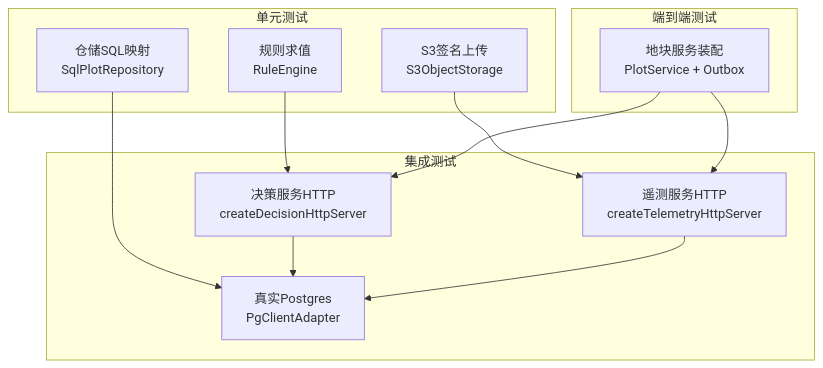
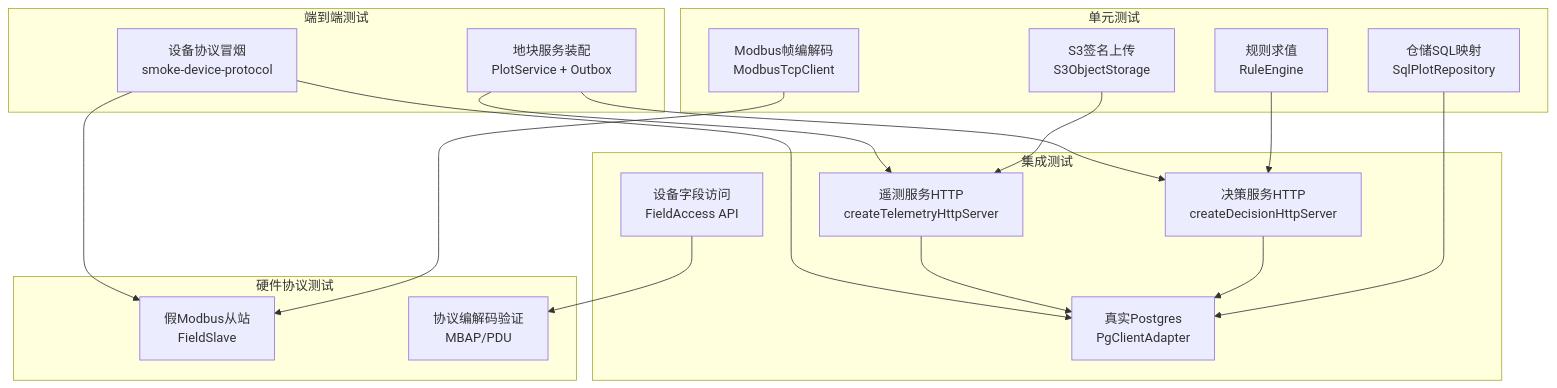
Before and after one commit to q446328246/agri-platform: the second of 9 diagrams in .qoder/repowiki/zh/content/开发指南/微服务开发规范/测试策略.md, drawn with Mermaid. The commit also changed other lines of this file and 25 other files, not shown here.

````diff
--- a/.qoder/repowiki/zh/content/开发指南/微服务开发规范/测试策略.md
+++ b/.qoder/repowiki/zh/content/开发指南/微服务开发规范/测试策略.md
@@ -80,23 +101,34 @@
 ```mermaid
 graph TB
 subgraph "单元测试"
 U1["规则求值<br/>RuleEngine"]
 U2["S3签名上传<br/>S3ObjectStorage"]
 U3["仓储SQL映射<br/>SqlPlotRepository"]
+U4["Modbus帧编解码<br/>ModbusTcpClient"]
 end
 subgraph "集成测试"
 I1["决策服务HTTP<br/>createDecisionHttpServer"]
 I2["遥测服务HTTP<br/>createTelemetryHttpServer"]
 I3["真实Postgres<br/>PgClientAdapter"]
+I4["设备字段访问<br/>FieldAccess API"]
 end
 subgraph "端到端测试"
 E1["地块服务装配<br/>PlotService + Outbox"]
+E2["设备协议冒烟<br/>smoke-device-protocol"]
+end
+subgraph "硬件协议测试"
+H1["假Modbus从站<br/>FieldSlave"]
+H2["协议编解码验证<br/>MBAP/PDU"]
 end
 U1 --> I1
 U2 --> I2
 U3 --> I3
+U4 --> H1
 I1 --> I3
 I2 --> I3
+I4 --> H2
 E1 --> I1
 E1 --> I2
+E2 --> H1
+E2 --> I3
 ```
````
